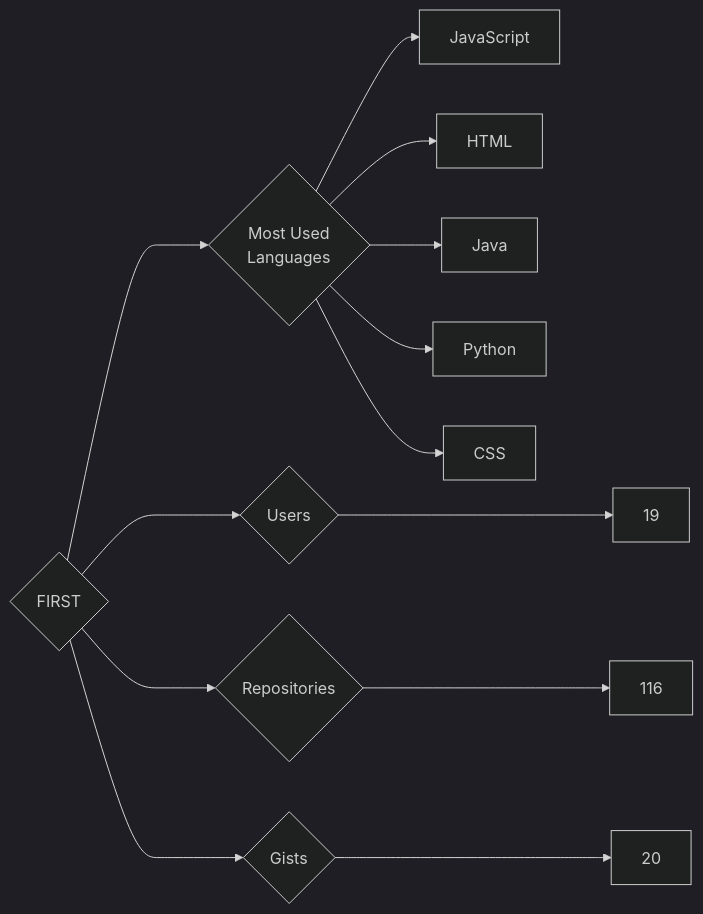
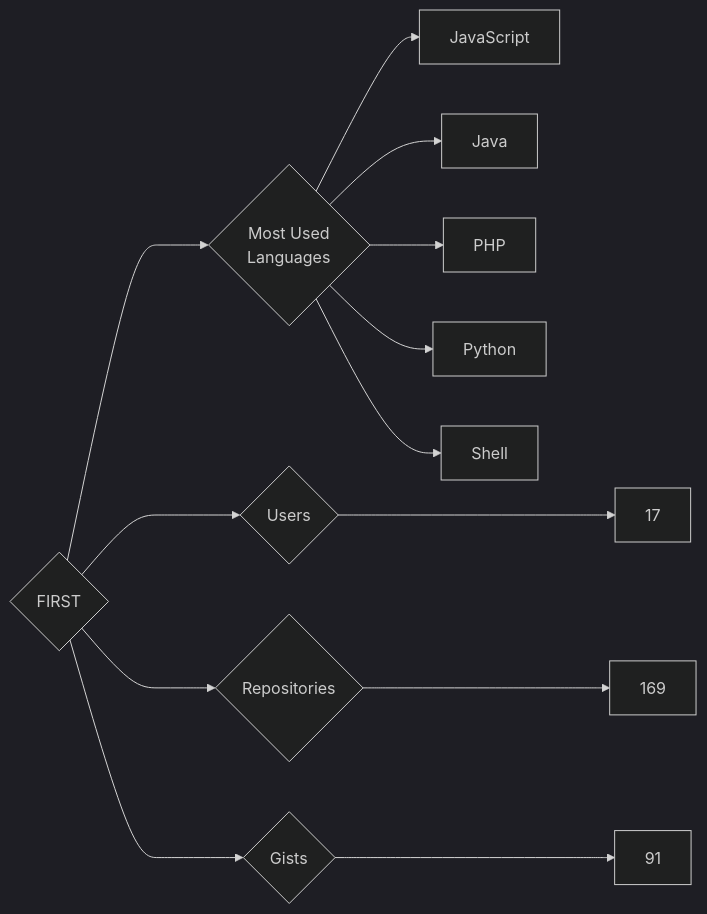
One commit to trickest/insiders changed the diagram in targets/FIRST/README.md. Above: the diagram before and after it, drawn with Mermaid (dark theme). The commit also changed 838 other files, not shown here.

````diff
--- a/targets/FIRST/README.md
+++ b/targets/FIRST/README.md
@@ -3,13 +3,13 @@
 ```mermaid
 graph LR
 COMPANY_NAME{FIRST}
-COMPANY_NAME ---> U{Users} ---> UN[19]
-COMPANY_NAME ---> R{Repositories} ---> RN[116]
-COMPANY_NAME ---> G{Gists} ---> GN[20]
+COMPANY_NAME ---> U{Users} ---> UN[17]
+COMPANY_NAME ---> R{Repositories} ---> RN[169]
+COMPANY_NAME ---> G{Gists} ---> GN[91]
 COMPANY_NAME ---> ML{Most Used<br>Languages}
 ML --> JavaScript[JavaScript]
-ML --> HTML[HTML]
 ML --> Java[Java]
+ML --> PHP[PHP]
 ML --> Python[Python]
-ML --> CSS[CSS]
+ML --> Shell[Shell]
 ```
````
